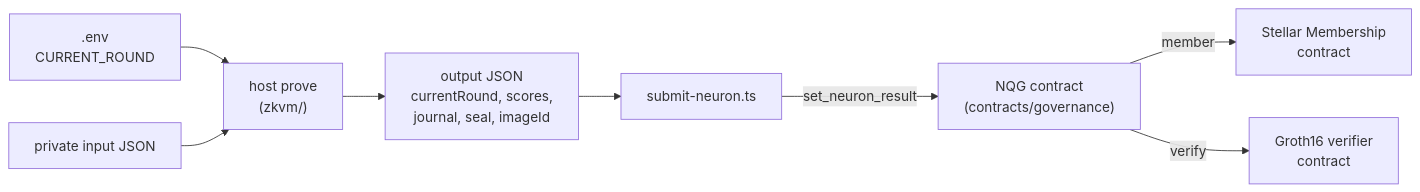
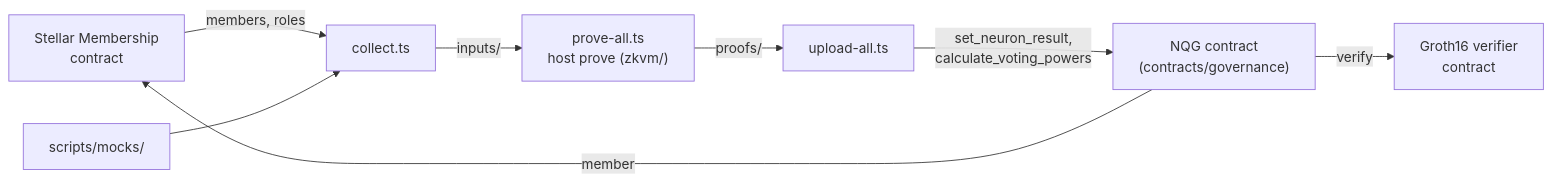
One commit to bartkrak/NQG-setup-stellar-members changed the diagram in README.md. Above: the diagram before and after it, drawn with Mermaid. The commit also changed other lines of this file and 23 other files, not shown here.

Commit message:
full flow

````diff
--- a/README.md
+++ b/README.md
@@ -47,10 +131,10 @@
 ```mermaid
 flowchart LR
-    env[".env<br/>CURRENT_ROUND"] --> host
-    input["private input JSON"] --> host["host prove<br/>(zkvm/)"]
-    host --> output["output JSON<br/>currentRound, scores,<br/>journal, seal, imageId"]
-    output --> script["submit-neuron.ts"]
-    script -->|set_neuron_result| contract["NQG contract<br/>(contracts/governance)"]
-    contract -->|member| membership["Stellar Membership<br/>contract"]
+    membership["Stellar Membership<br/>contract"] -->|members, roles| collect["collect.ts"]
+    mocks["scripts/mocks/"] --> collect
+    collect -->|"inputs/"| prove["prove-all.ts<br/>host prove (zkvm/)"]
+    prove -->|"proofs/"| upload["upload-all.ts"]
+    upload -->|"set_neuron_result,<br/>calculate_voting_powers"| contract["NQG contract<br/>(contracts/governance)"]
+    contract -->|member| membership
     contract -->|verify| verifier["Groth16 verifier<br/>contract"]
 ```
````
